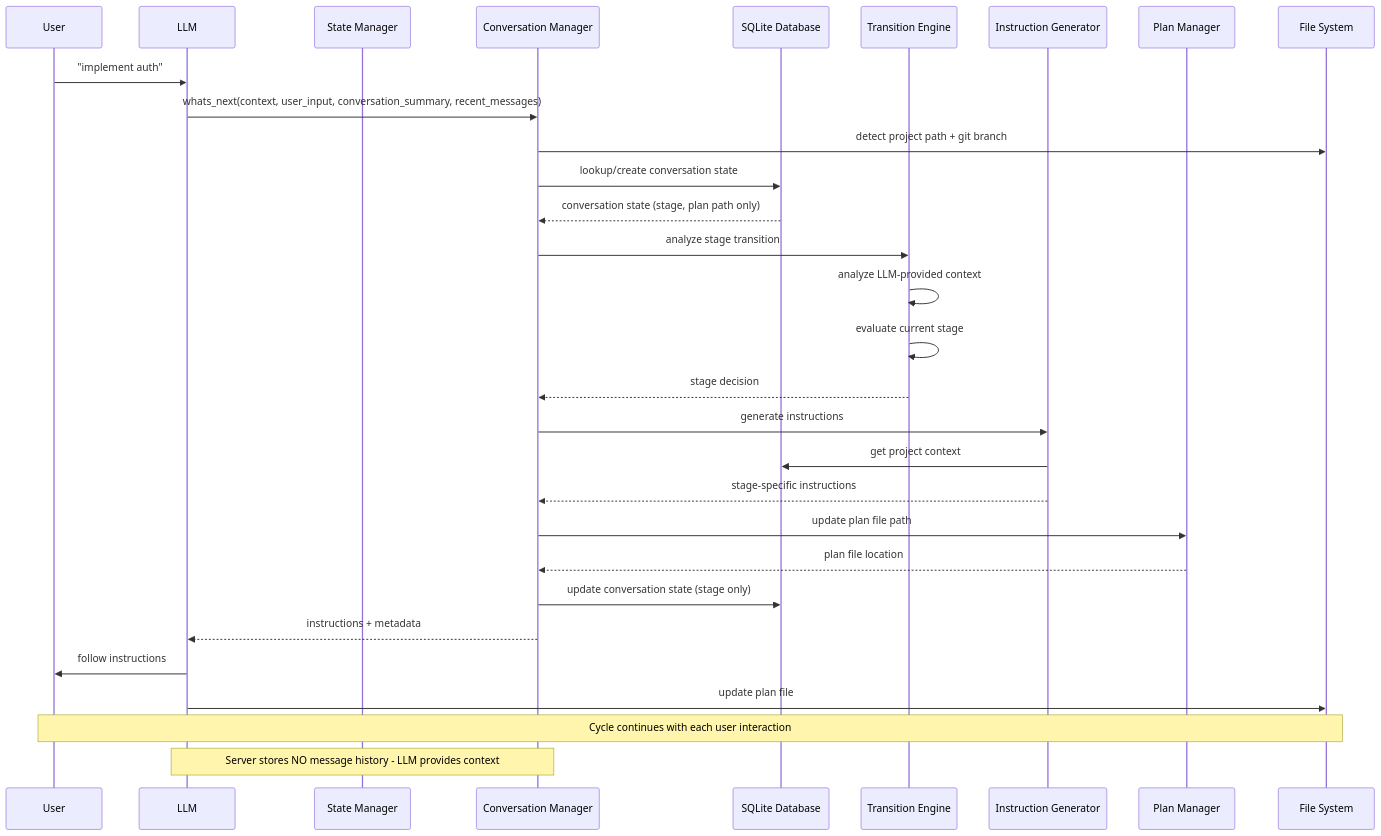
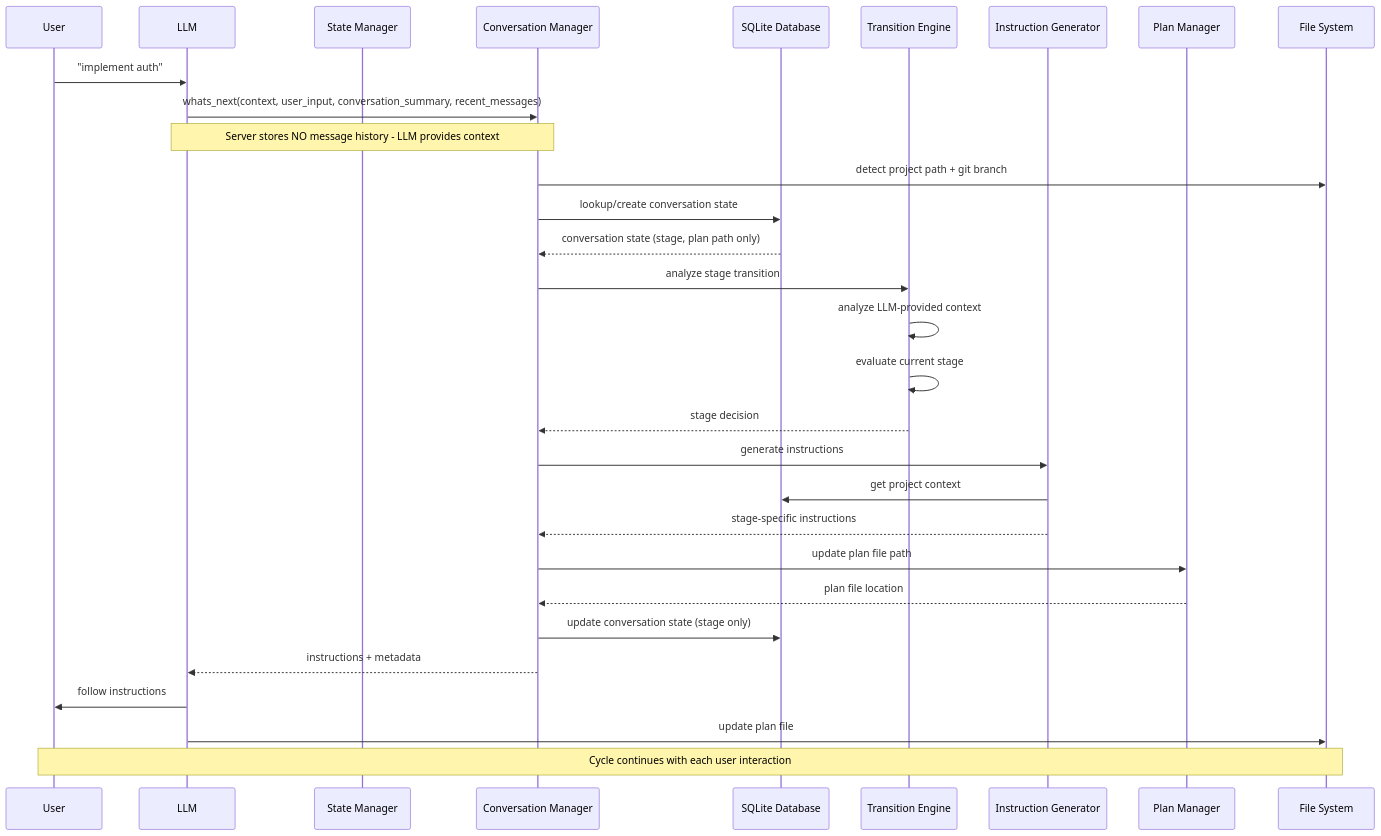
The second of 5 diagrams in README.md (yovannyr/responsible-vibe-mcp), drawn with Mermaid before and after one commit. The commit also changed other lines of this file, not shown here.

````diff
--- a/README.md
+++ b/README.md
@@ -172,39 +172,39 @@
 ```mermaid
 sequenceDiagram
     participant User as User
     participant LLM as LLM
     participant SM as State Manager
     participant CM as Conversation Manager
     participant DB as SQLite Database
     participant TM as Transition Engine
     participant IM as Instruction Generator
     participant PM as Plan Manager
     participant FS as File System
     
     User->>LLM: "implement auth"
     LLM->>CM: whats_next(context, user_input, conversation_summary, recent_messages)
+    Note over LLM,CM: Server stores NO message history - LLM provides context
     CM->>FS: detect project path + git branch
     CM->>DB: lookup/create conversation state
     DB-->>CM: conversation state (stage, plan path only)
     
     CM->>TM: analyze stage transition
     TM->>TM: analyze LLM-provided context
     TM->>TM: evaluate current stage
     TM-->>CM: stage decision
     
     CM->>IM: generate instructions
     IM->>DB: get project context
     IM-->>CM: stage-specific instructions
     
     CM->>PM: update plan file path
     PM-->>CM: plan file location
     
     CM->>DB: update conversation state (stage only)
     CM-->>LLM: instructions + metadata
     
     LLM->>User: follow instructions
     LLM->>FS: update plan file
     
     Note over User,FS: Cycle continues with each user interaction
-    Note over LLM,CM: Server stores NO message history - LLM provides context
 ```
````
